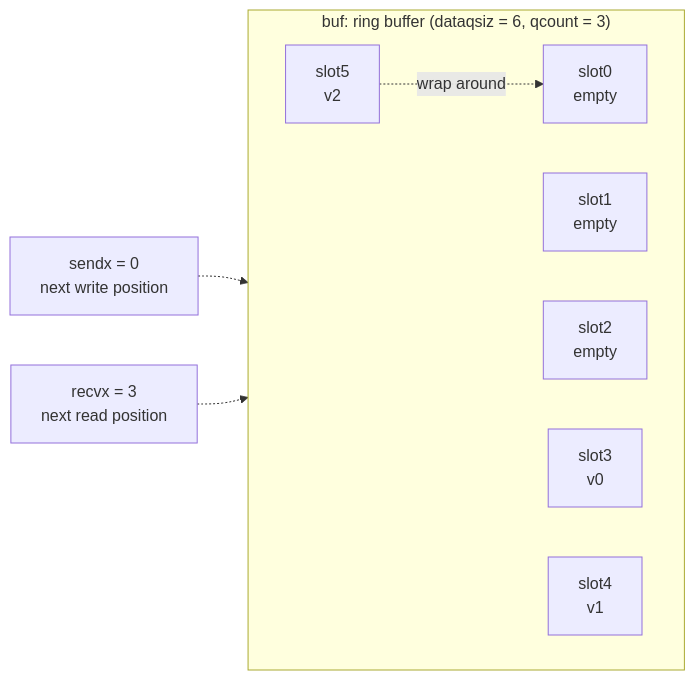
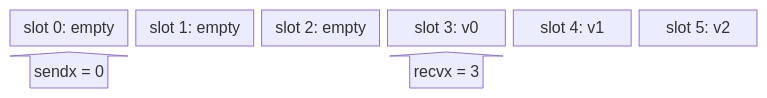
The diagram in book/en-us/part3concurrency/ch10chan/impl.md (golang-design/under-the-hood), drawn with Mermaid before and after one commit. The commit also changed other lines of this file and 30 other files, not shown here.

````diff
--- a/book/en-us/part3concurrency/ch10chan/impl.md
+++ b/book/en-us/part3concurrency/ch10chan/impl.md
@@ -57,15 +96,6 @@
 ```mermaid
-flowchart LR
-    subgraph BUF["buf: ring buffer (dataqsiz = 6, qcount = 3)"]
-        direction LR
-        S0["slot0<br/>empty"]
-        S1["slot1<br/>empty"]
-        S2["slot2<br/>empty"]
-        S3["slot3<br/>v0"]
-        S4["slot4<br/>v1"]
-        S5["slot5<br/>v2"]
-    end
-    SENDX["sendx = 0<br/>next write position"] -.-> S0
-    RECVX["recvx = 3<br/>next read position"] -.-> S3
-    S5 -.->|"wrap around"| S0
+block-beta
+  columns 6
+  s0["slot 0: empty"] s1["slot 1: empty"] s2["slot 2: empty"] s3["slot 3: v0"] s4["slot 4: v1"] s5["slot 5: v2"]
+  a0<["sendx = 0"]>(up) space:2 a3<["recvx = 3"]>(up) space:2
 ```
````
